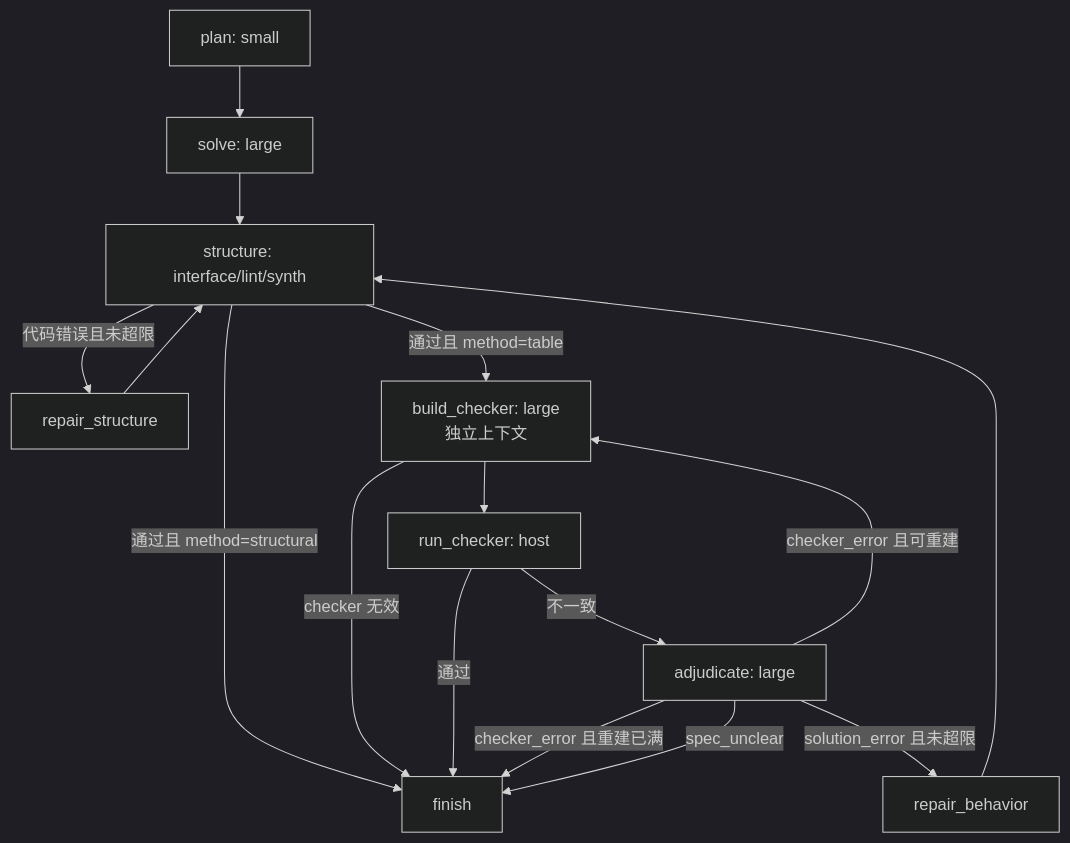
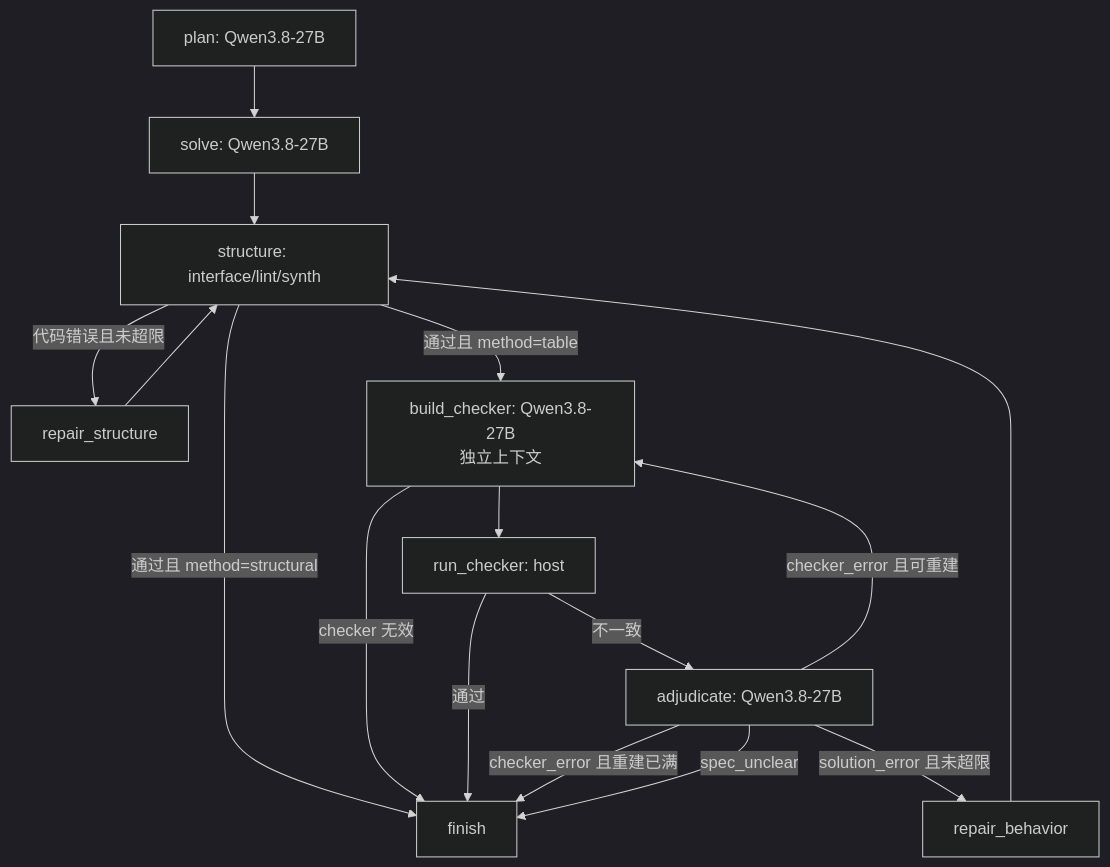
Before and after one commit to gugugu531/43240_rtlagent: the diagram in docs/guided-verify.md, drawn with Mermaid (dark theme). The commit also changed other lines of this file and 60 other files, not shown here.

````diff
--- a/docs/guided-verify.md
+++ b/docs/guided-verify.md
@@ -18,18 +17,18 @@
 ```mermaid
 flowchart TD
-    P[plan: small] --> S[solve: large]
+    P[plan: Qwen3.8-27B] --> S[solve: Qwen3.8-27B]
     S --> C[structure: interface/lint/synth]
     C -->|代码错误且未超限| R1[repair_structure]
     R1 --> C
-    C -->|通过且 method=table| B[build_checker: large<br/>独立上下文]
+    C -->|通过且 method=table| B[build_checker: Qwen3.8-27B<br/>独立上下文]
     C -->|通过且 method=structural| F[finish]
     B -->|checker 无效| F
     B --> X[run_checker: host]
     X -->|通过| F
-    X -->|不一致| A[adjudicate: large]
+    X -->|不一致| A[adjudicate: Qwen3.8-27B]
     A -->|solution_error 且未超限| R2[repair_behavior]
     R2 --> C
     A -->|checker_error 且可重建| B
     A -->|checker_error 且重建已满| F
     A -->|spec_unclear| F
 ```
````
